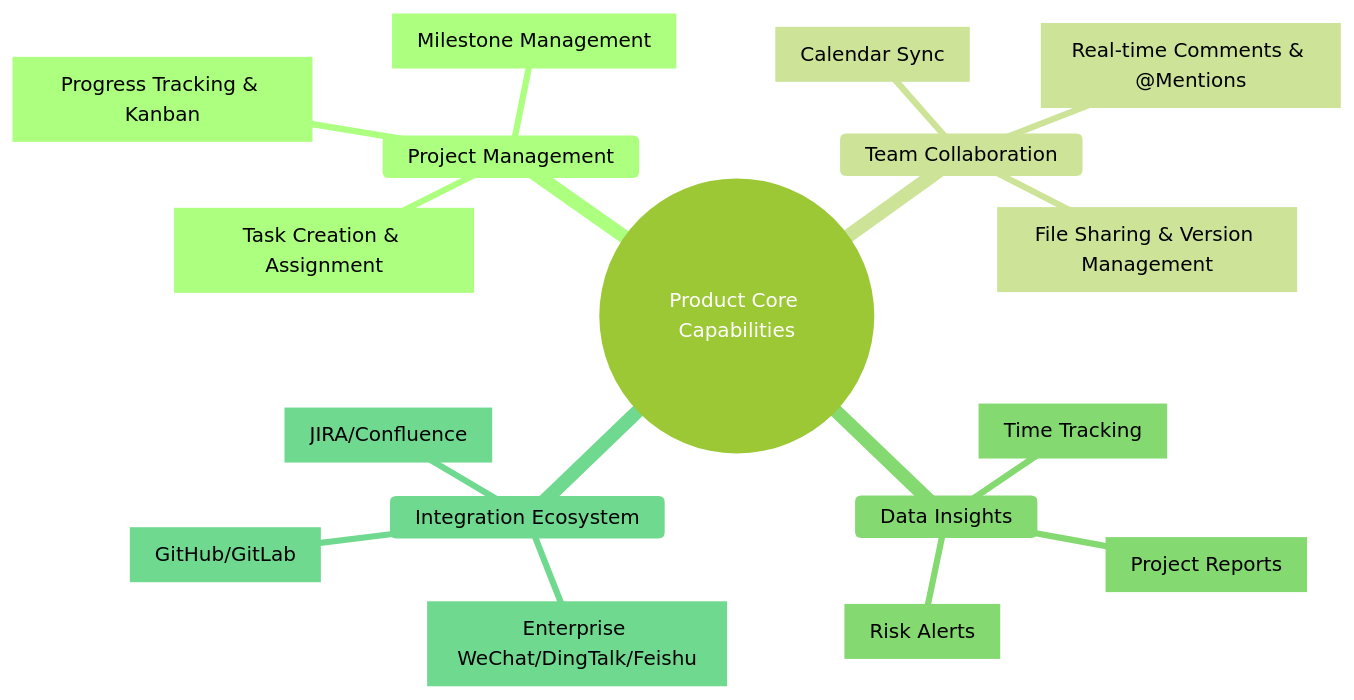
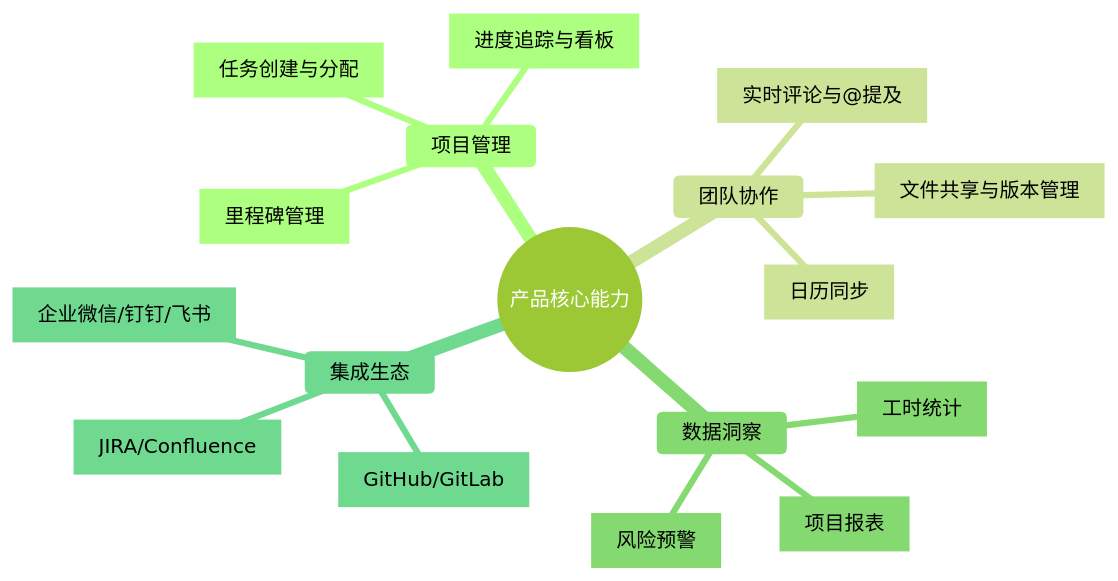
Before and after one commit to Kirky-X/cangjie: the second of 7 diagrams in templates/Product/Operations/Template-User-Guide.md, drawn with Mermaid (forest theme). The commit also changed other lines of this file and 33 other files, not shown here.

````diff
--- a/templates/Product/Operations/Template-User-Guide.md
+++ b/templates/Product/Operations/Template-User-Guide.md
@@ -101,20 +101,20 @@
 ```mermaid
 mindmap
-  root((Product Core Capabilities))
-    Project Management
-      [Task Creation & Assignment]
-      [Progress Tracking & Kanban]
-      [Milestone Management]
-    Team Collaboration
-      [Real-time Comments & @Mentions]
-      [File Sharing & Version Management]
-      [Calendar Sync]
-    Data Insights
-      [Project Reports]
-      [Time Tracking]
-      [Risk Alerts]
-    Integration Ecosystem
-      [Enterprise WeChat/DingTalk/Feishu]
+  root((产品核心能力))
+    项目管理
+      [任务创建与分配]
+      [进度追踪与看板]
+      [里程碑管理]
+    团队协作
+      [实时评论与@提及]
+      [文件共享与版本管理]
+      [日历同步]
+    数据洞察
+      [项目报表]
+      [工时统计]
+      [风险预警]
+    集成生态
+      [企业微信/钉钉/飞书]
       [GitHub/GitLab]
       [JIRA/Confluence]
 ```
````
